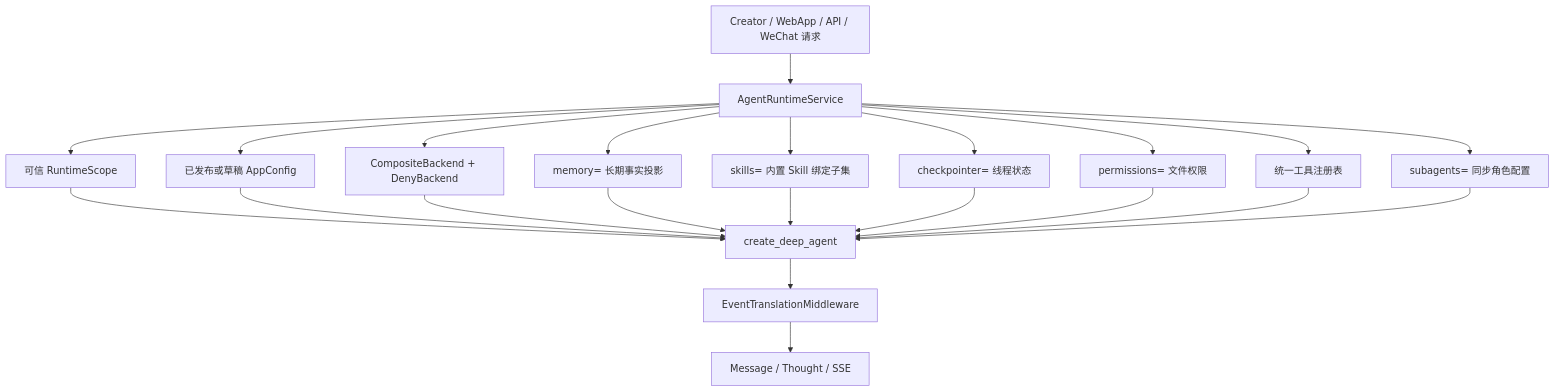
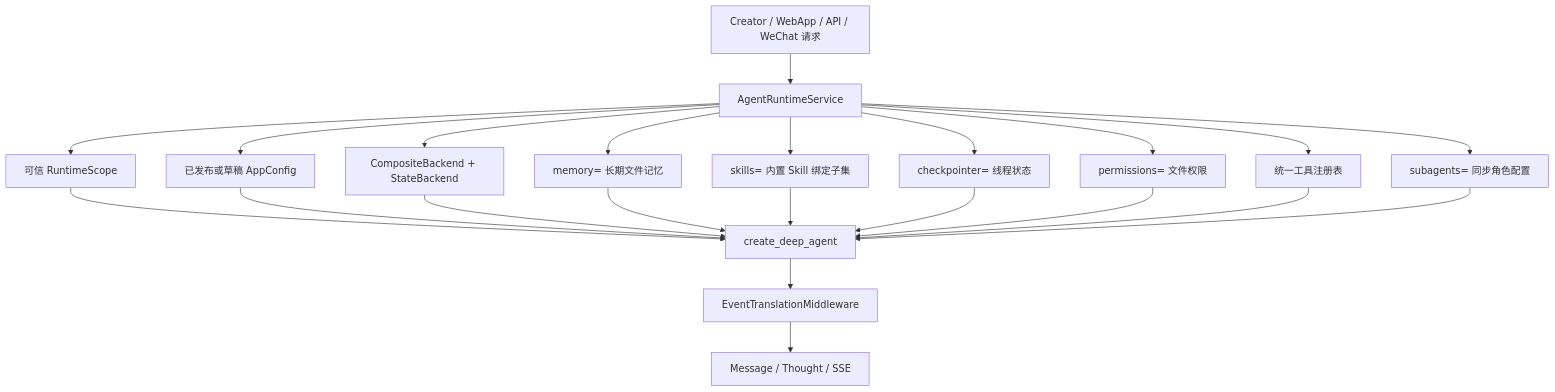
The diagram in docs/deepagents-v2-plan/00-harness-overall-upgrade.md (xiaomingtx12/niceagent), drawn with Mermaid before and after one commit. The commit also changed other lines of this file and 28 other files, not shown here.

Commit message:
docs(agent): update DeepAgents architecture documentation

````diff
--- a/docs/deepagents-v2-plan/00-harness-overall-upgrade.md
+++ b/docs/deepagents-v2-plan/00-harness-overall-upgrade.md
@@ -73,26 +74,26 @@
 ```mermaid
 flowchart TB
     Request["Creator / WebApp / API / WeChat 请求"] --> Runtime["AgentRuntimeService"]
     Runtime --> Scope["可信 RuntimeScope"]
     Runtime --> Config["已发布或草稿 AppConfig"]
-    Runtime --> Backend["CompositeBackend + DenyBackend"]
-    Runtime --> Memory["memory= 长期事实投影"]
+    Runtime --> Backend["CompositeBackend + StateBackend"]
+    Runtime --> Memory["memory= 长期文件记忆"]
     Runtime --> Skills["skills= 内置 Skill 绑定子集"]
     Runtime --> Checkpoint["checkpointer= 线程状态"]
     Runtime --> Permissions["permissions= 文件权限"]
     Runtime --> Tools["统一工具注册表"]
     Runtime --> Subagents["subagents= 同步角色配置"]
 
     Scope --> Agent["create_deep_agent"]
     Config --> Agent
     Backend --> Agent
     Memory --> Agent
     Skills --> Agent
     Checkpoint --> Agent
     Permissions --> Agent
     Tools --> Agent
     Subagents --> Agent
 
     Agent --> Events["EventTranslationMiddleware"]
     Events --> Persistence["Message / Thought / SSE"]
 ```
````
